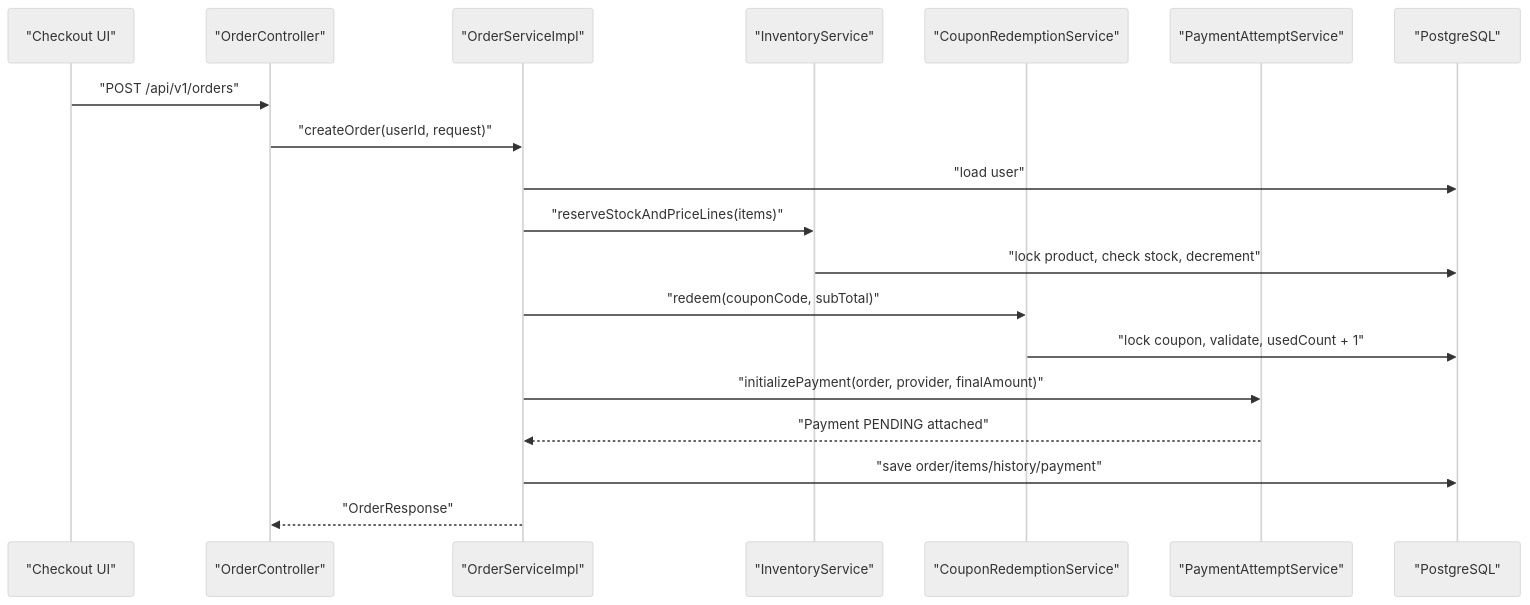
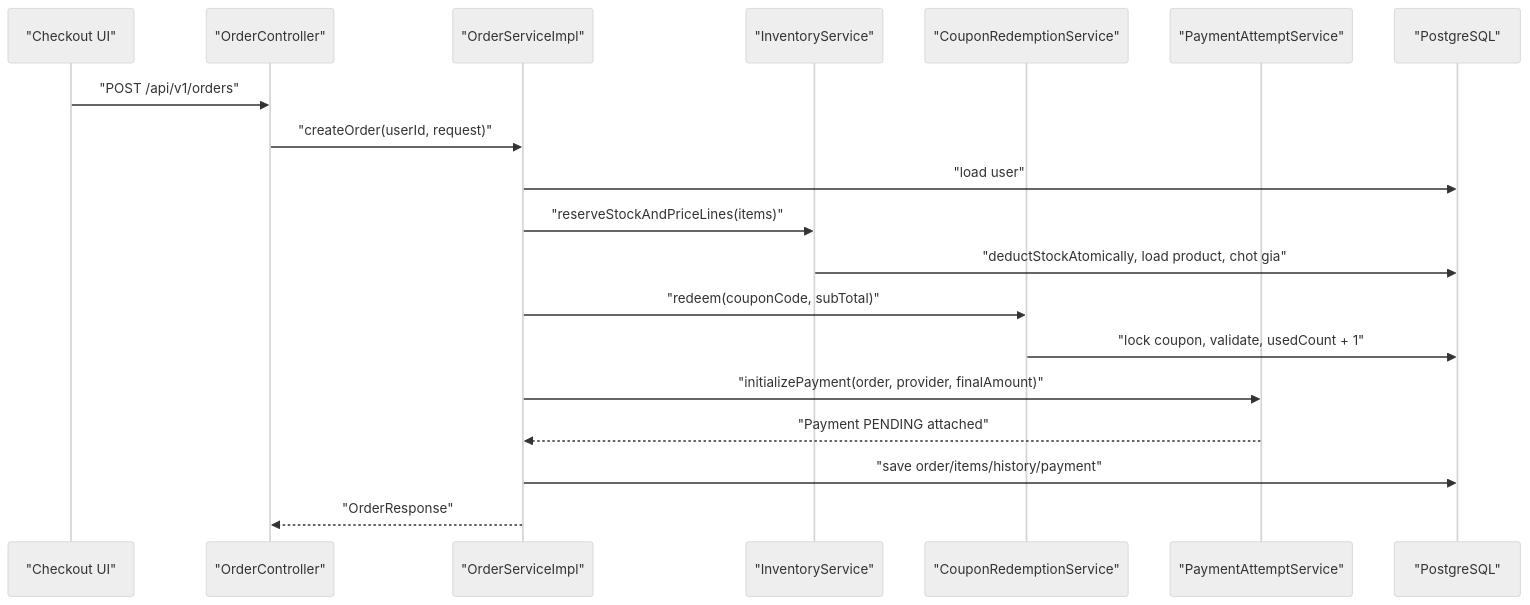
Before and after one commit to phananhkhang/Ladux: the diagram in docs/07-bai-giang-backend-chi-tiet.md, drawn with Mermaid (neutral theme). The commit also changed other lines of this file and 8 other files, not shown here.

````diff
--- a/docs/07-bai-giang-backend-chi-tiet.md
+++ b/docs/07-bai-giang-backend-chi-tiet.md
@@ -729,22 +850,22 @@
 ```mermaid
 sequenceDiagram
     participant UI as "Checkout UI"
     participant OC as "OrderController"
     participant OS as "OrderServiceImpl"
     participant INV as "InventoryService"
     participant CO as "CouponRedemptionService"
     participant PAY as "PaymentAttemptService"
     participant DB as "PostgreSQL"
 
     UI->>OC: "POST /api/v1/orders"
     OC->>OS: "createOrder(userId, request)"
     OS->>DB: "load user"
     OS->>INV: "reserveStockAndPriceLines(items)"
-    INV->>DB: "lock product, check stock, decrement"
+    INV->>DB: "deductStockAtomically, load product, chot gia"
     OS->>CO: "redeem(couponCode, subTotal)"
     CO->>DB: "lock coupon, validate, usedCount + 1"
     OS->>PAY: "initializePayment(order, provider, finalAmount)"
     PAY-->>OS: "Payment PENDING attached"
     OS->>DB: "save order/items/history/payment"
     OS-->>OC: "OrderResponse"
 ```
````
